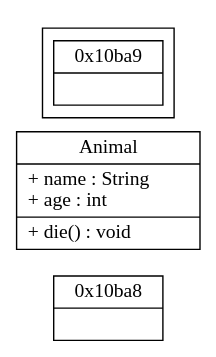
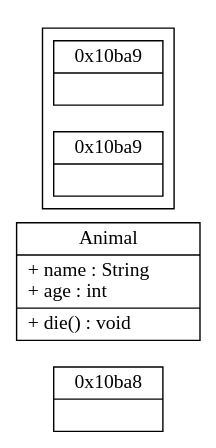
Before and after one commit to sisyphus1212/note: the diagram in dpdk/内存管理.md, drawn with Graphviz.

Commit message:
auto_update

````diff
--- a/dpdk/内存管理.md
+++ b/dpdk/内存管理.md
@@ -16,28 +16,28 @@
 ```graphviz
 digraph {
 	rankdir=LR;
 	"node0" [
 		label = "0x10ba8| <f1>"
 		shape = "record"
 	];
 	subgraph cluster_0 {
 
 	}
 	"Animal" [
 		label = "Animal | + name : String\l+ age : int\l |+ die() : void\l",
 		shape = "record"
 	];
 	subgraph cluster_1 {
 		"node1" [
 			label = "0x10ba9| <f1>"
 			shape = "record"
 		];
-				"node1" [
+	   "node2" [
 			label = "0x10ba9| <f1>"
 			shape = "record"
 		];
 	}
 }
 
 
 ```
````
